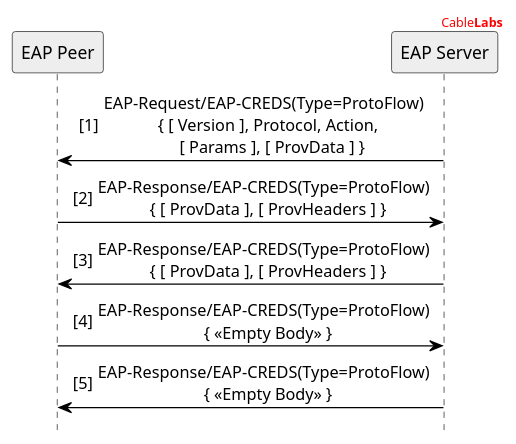
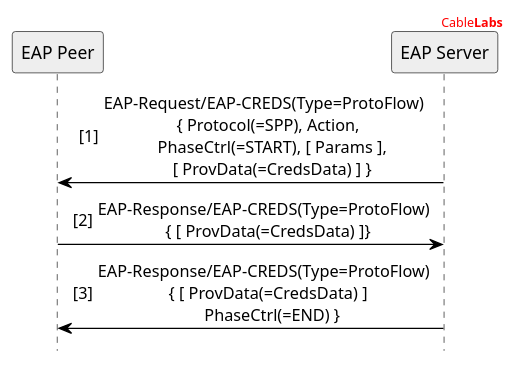
One commit to openca/eap-creds changed the diagram in UML/EAP-CREDS SPP Example - Registration - UsernamePassword.puml. Above: the diagram before and after it, drawn with PlantUML. The commit also changed 8 other files, not shown here.

```diff
--- a/UML/EAP-CREDS SPP Example - Registration - UsernamePassword.puml
+++ b/UML/EAP-CREDS SPP Example - Registration - UsernamePassword.puml
@@ -2,40 +2,36 @@
 @startuml
 
 '' header information
 header
 <font color="red">Cable<b>Labs</b></font>
 endheader
 
 '' Use this to hide the foot boxes
 hide footbox
 
 skinparam sequenceMessageAlign center
 skinparam NoteBorderColor black
 '' skinparam BackgroundColor #ddd
 
 skinparam sequence {
 	borderColor black
 	ArrowColor black
 	ActorBorderColor black
 	ParticipantBorderColor black
 	LifeLineBorderColor black
 	LifeLineBackgroundColor white
 }
 
 '' Participants Declaration
 Participant "EAP Peer" as P #eee
 Participant "EAP Server" as S #eee
 
 autonumber 1 "[##]"
 
-S->P: EAP-Request/EAP-CREDS(Type=ProtoFlow)\n  { [ Version ], Protocol, Action,\n    [ Params ], [ ProvData ] }
+S->P: EAP-Request/EAP-CREDS(Type=ProtoFlow)\n  { Protocol(=SPP), Action,\n    PhaseCtrl(=START), [ Params ],\n    [ ProvData(=CredsData) ] }
 
-P->S: EAP-Response/EAP-CREDS(Type=ProtoFlow)\n  { [ ProvData ], [ ProvHeaders ] }
+P->S: EAP-Response/EAP-CREDS(Type=ProtoFlow)\n  { [ ProvData(=CredsData) ]}
 
-S->P: EAP-Response/EAP-CREDS(Type=ProtoFlow)\n  { [ ProvData ], [ ProvHeaders ] }
-
-P->S: EAP-Response/EAP-CREDS(Type=ProtoFlow)\n  { << Empty Body >> }
-
-S->P: EAP-Response/EAP-CREDS(Type=ProtoFlow)\n  { << Empty Body >> }
+S->P: EAP-Response/EAP-CREDS(Type=ProtoFlow)\n  { [ ProvData(=CredsData) ]\n    PhaseCtrl(=END) }
 
 @enduml
```
